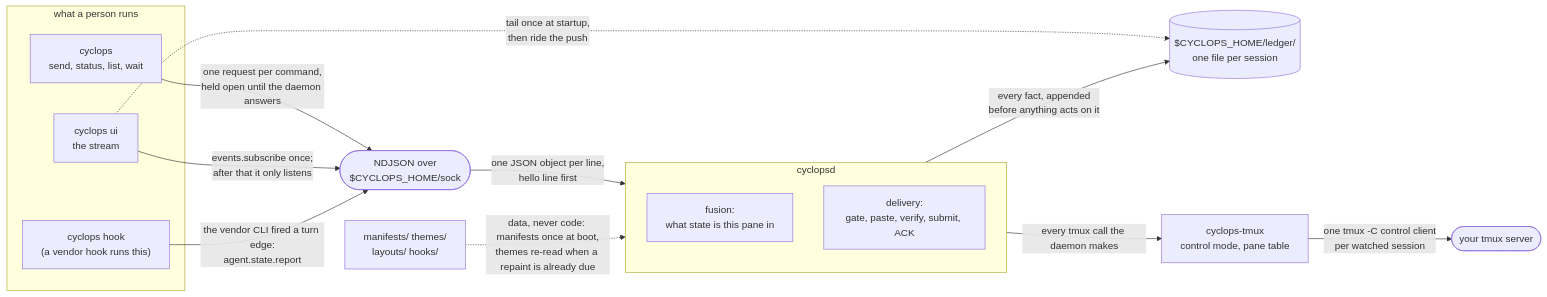
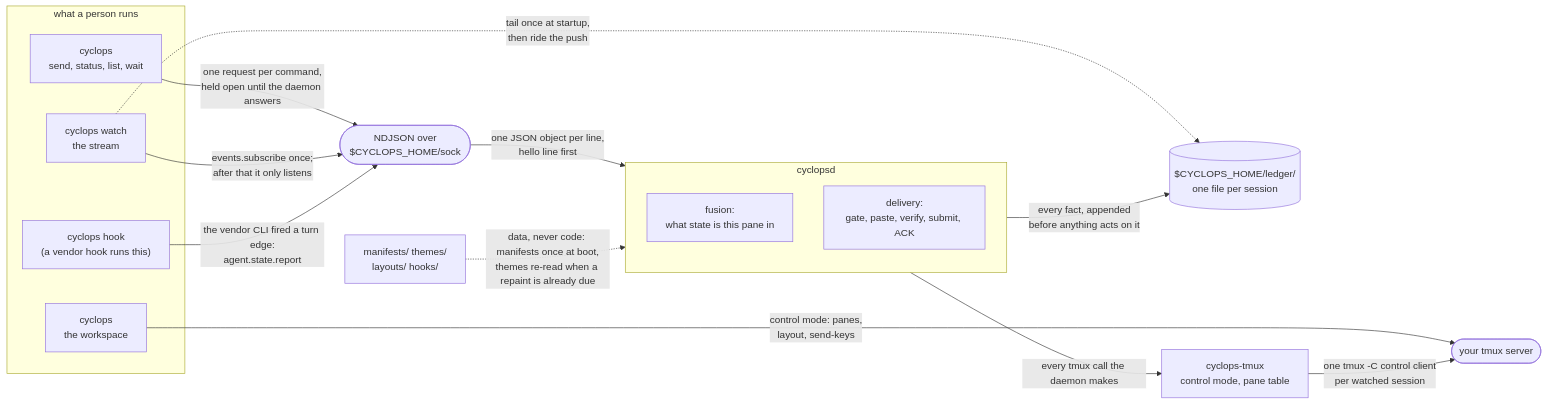
One commit to cyclops-team/cyclops changed the diagram in docs/HANDOFF.md. Above: the diagram before and after it, drawn with Mermaid. The commit also changed other lines of this file and 27 other files, not shown here.

````diff
--- a/docs/HANDOFF.md
+++ b/docs/HANDOFF.md
@@ -15,26 +15,28 @@
 ```mermaid
 flowchart LR
     subgraph clients["what a person runs"]
       cli["cyclops<br/>send, status, list, wait"]
-      ui["cyclops ui<br/>the stream"]
+      ui["cyclops watch<br/>the stream"]
+      ws["cyclops<br/>the workspace"]
       hk["cyclops hook<br/>(a vendor hook runs this)"]
     end
     subgraph daemon["cyclopsd"]
       fus["fusion:<br/>what state is this pane in"]
       del["delivery:<br/>gate, paste, verify, submit, ACK"]
     end
     sock(["NDJSON over<br/>$CYCLOPS_HOME/sock"])
     led[("$CYCLOPS_HOME/ledger/<br/>one file per session")]
     ad["cyclops-tmux<br/>control mode, pane table"]
     tmux(["your tmux server"])
     data["manifests/ themes/<br/>layouts/ hooks/"]
     cli -->|"one request per command,<br/>held open until the daemon answers"| sock
+    ws -->|"control mode: panes,<br/>layout, send-keys"| tmux
     ui -->|"events.subscribe once;<br/>after that it only listens"| sock
     hk -->|"the vendor CLI fired a turn edge:<br/>agent.state.report"| sock
     sock -->|"one JSON object per line,<br/>hello line first"| daemon
     daemon -->|"every tmux call the daemon makes"| ad
     ad -->|"one tmux -C control client<br/>per watched session"| tmux
     daemon -->|"every fact, appended<br/>before anything acts on it"| led
     ui -.->|"tail once at startup,<br/>then ride the push"| led
     data -.->|"data, never code: manifests once at boot,<br/>themes re-read when a repaint is already due"| daemon
 ```
````
